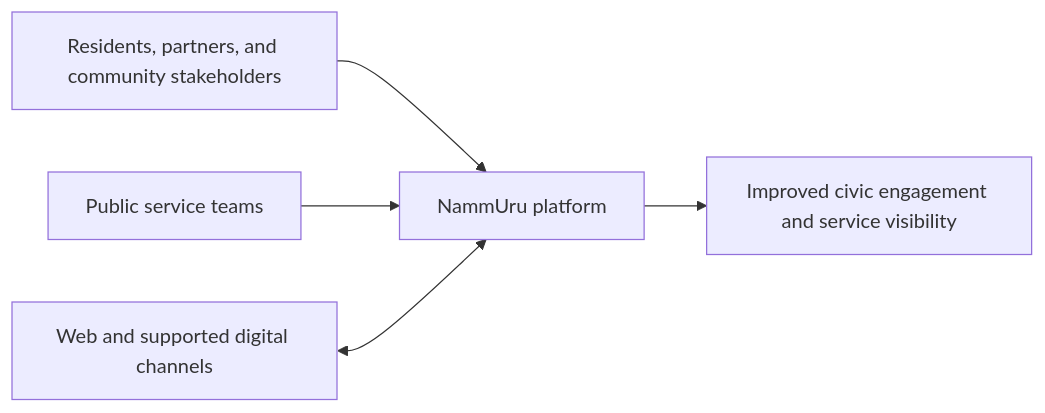
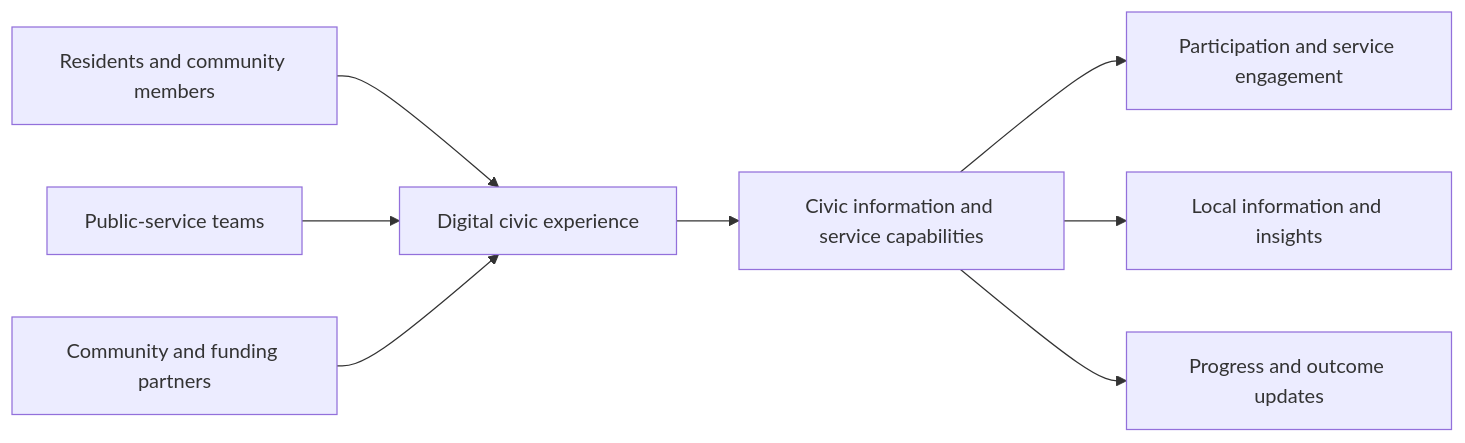
Before and after one commit to nammuru2026-vishnu/Nammuru.org: the first of 6 diagrams in nammuru_solution_architecture.md, drawn with Mermaid. The commit also changed other lines of this file, not shown here.

Commit message:
Expand public architecture with generic capability, flow, and deployment diagrams

````diff
--- a/nammuru_solution_architecture.md
+++ b/nammuru_solution_architecture.md
@@ -20,7 +28,10 @@
 ```mermaid
 flowchart LR
-    PEOPLE[Residents, partners, and community stakeholders] --> NAMMURU[NammUru platform]
-    TEAMS[Public service teams] --> NAMMURU
-    CHANNELS[Web and supported digital channels] <--> NAMMURU
-    NAMMURU --> OUTCOMES[Improved civic engagement and service visibility]
+    COMMUNITY[Residents and community members] --> EXPERIENCE[Digital civic experience]
+    TEAMS[Public-service teams] --> EXPERIENCE
+    PARTNERS[Community and funding partners] --> EXPERIENCE
+    EXPERIENCE --> CAPABILITIES[Civic information and service capabilities]
+    CAPABILITIES --> PARTICIPATION[Participation and service engagement]
+    CAPABILITIES --> INSIGHTS[Local information and insights]
+    CAPABILITIES --> UPDATES[Progress and outcome updates]
 ```
````
